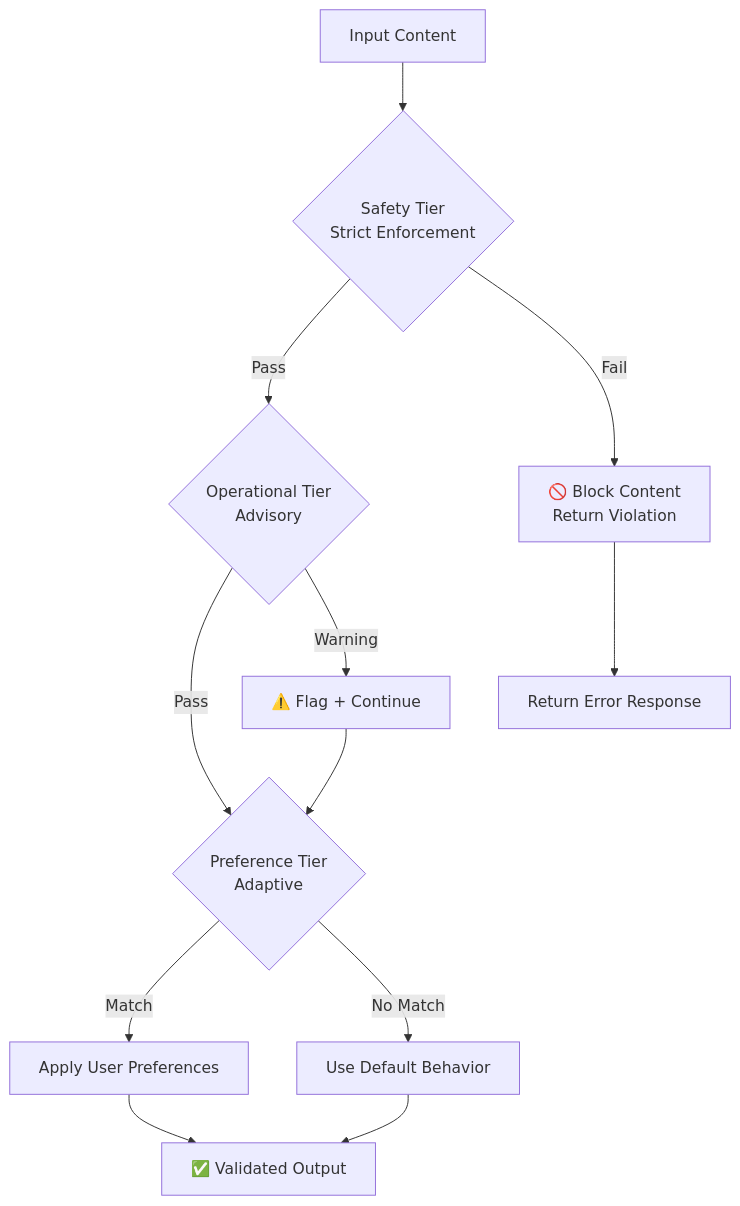
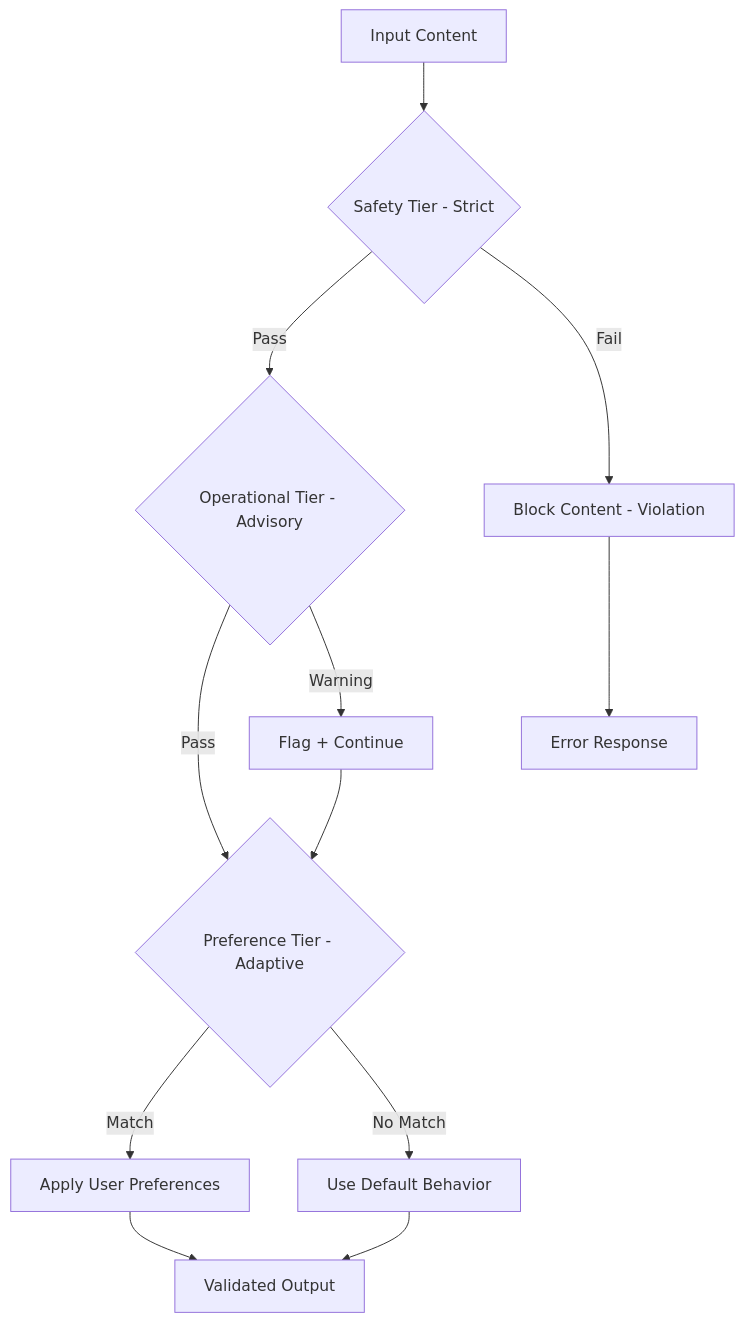
One commit to LifeJiggy/Rules-Emerging-Pattern changed the third of 18 diagrams in README.md. Above: the diagram before and after it, drawn with Mermaid. The commit also changed other lines of this file, not shown here.

Commit message:
Fix Mermaid diagrams for GitHub rendering - remove theme directives, emoji, subgraph titles, and br tags

````diff
--- a/README.md
+++ b/README.md
@@ -142,14 +141,14 @@
 ```mermaid
 flowchart TD
-    Input["Input Content"] --> Safety{"Safety Tier<br/>Strict Enforcement"}
-    Safety -->|Pass| Operational{"Operational Tier<br/>Advisory"}
-    Safety -->|Fail| Block["🚫 Block Content<br/>Return Violation"]
-    Operational -->|Pass| Preference{"Preference Tier<br/>Adaptive"}
-    Operational -->|Warning| Flag["⚠️ Flag + Continue"]
+    Input["Input Content"] --> Safety{"Safety Tier - Strict"}
+    Safety -->|Pass| Operational{"Operational Tier - Advisory"}
+    Safety -->|Fail| Block["Block Content - Violation"]
+    Operational -->|Pass| Preference{"Preference Tier - Adaptive"}
+    Operational -->|Warning| Flag["Flag + Continue"]
     Preference -->|Match| Apply["Apply User Preferences"]
     Preference -->|No Match| Default["Use Default Behavior"]
     Flag --> Preference
-    Apply --> Output["✅ Validated Output"]
+    Apply --> Output["Validated Output"]
     Default --> Output
-    Block --> Response["Return Error Response"]
+    Block --> Response["Error Response"]
 ```
````
